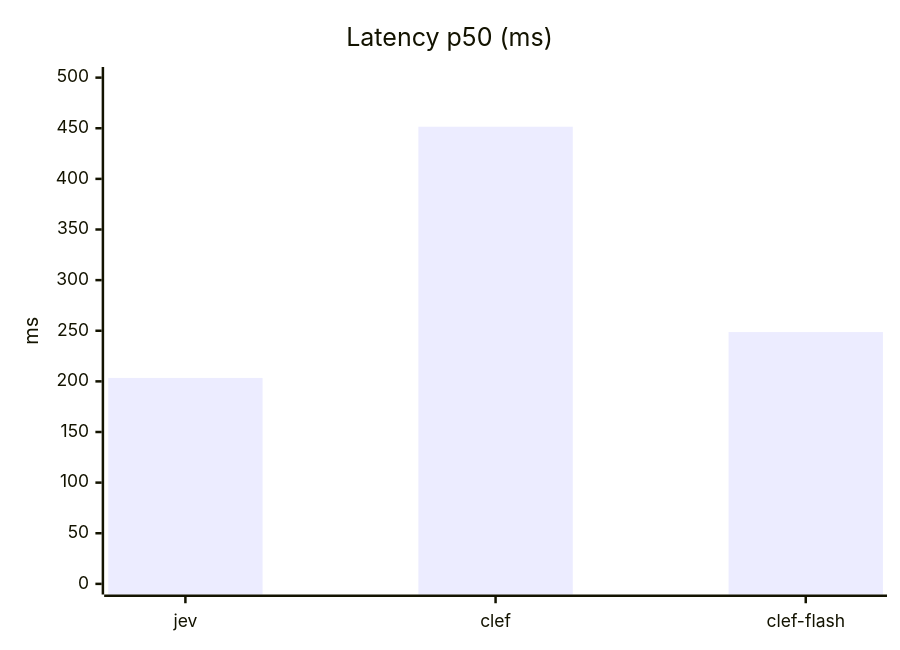
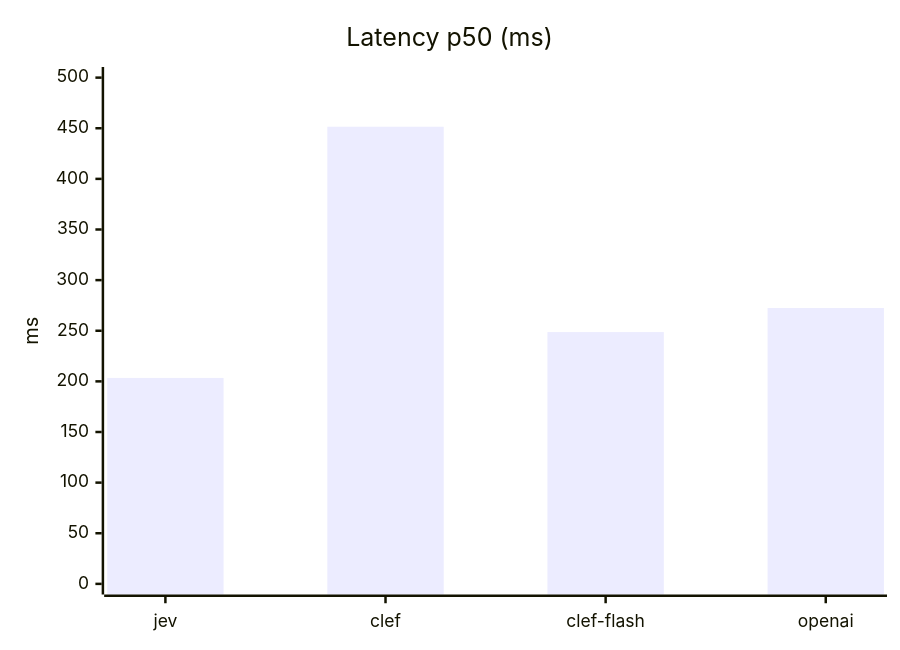
One commit to mantaroh/jev-vs-openai-dicision-api changed the third of 4 diagrams in README.md. Above: the diagram before and after it, drawn with Mermaid. The commit also changed other lines of this file and 3 other files, not shown here.

````diff
--- a/README.md
+++ b/README.md
@@ -79,7 +81,7 @@
 ```mermaid
 xychart-beta
     title "Latency p50 (ms)"
-    x-axis ["jev", "clef", "clef-flash"]
+    x-axis ["jev", "clef", "clef-flash", "openai"]
     y-axis "ms" 0 --> 500
-    bar [203.4, 451.5, 248.7]
+    bar [203.4, 451.5, 248.7, 272.5]
 ```
````
